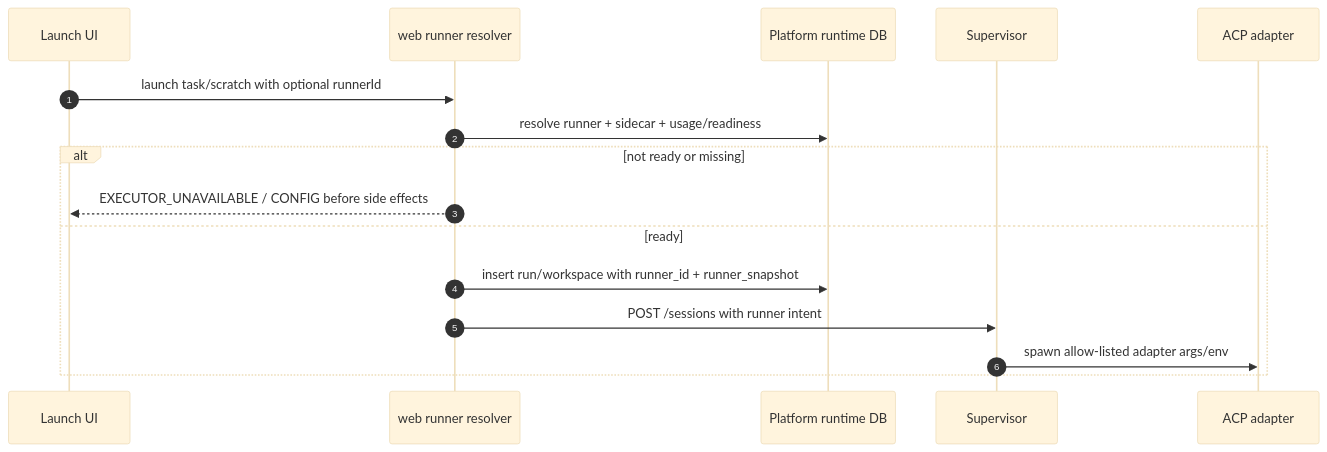
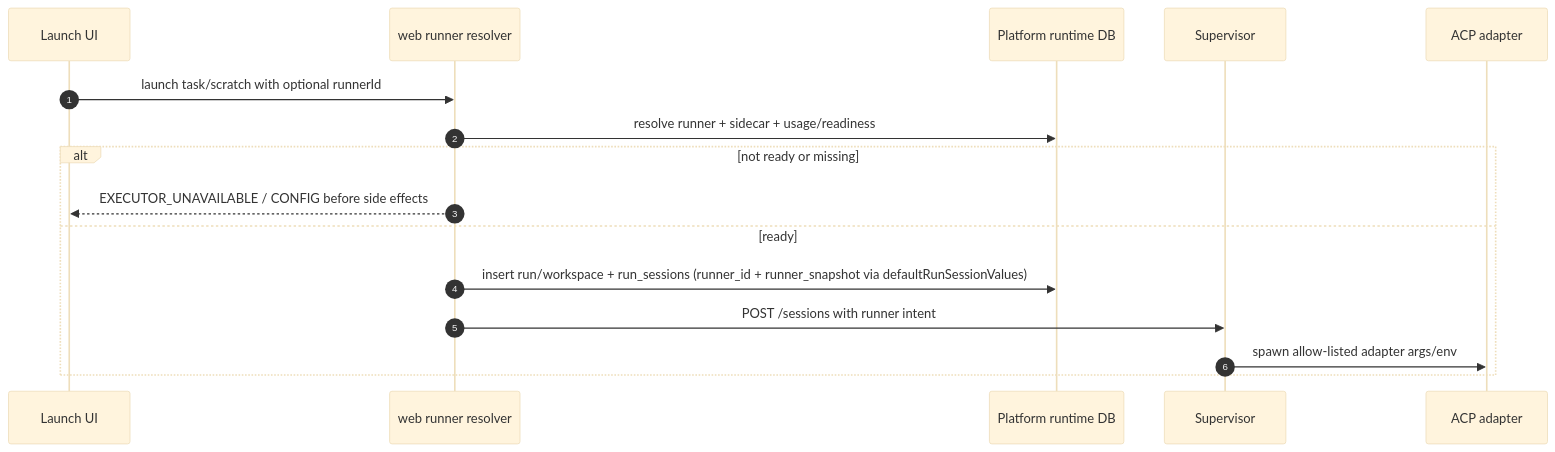
The second of 2 diagrams in docs/system-analytics/executors.md (maister-dev/maister), drawn with Mermaid (base theme) before and after one commit. The commit also changed other lines of this file and 123 other files, not shown here.

First line of the commit message:
feat(sessions): make run_sessions the sole runner source of truth (M42)

````diff
--- a/docs/system-analytics/executors.md
+++ b/docs/system-analytics/executors.md
@@ -345,19 +346,19 @@
 ```mermaid
 sequenceDiagram
     autonumber
     participant UI as Launch UI
     participant Web as web runner resolver
     participant DB as Platform runtime DB
     participant Sup as Supervisor
     participant Child as ACP adapter
 
     UI->>Web: launch task/scratch with optional runnerId
     Web->>DB: resolve runner + sidecar + usage/readiness
     alt not ready or missing
         Web-->>UI: EXECUTOR_UNAVAILABLE / CONFIG before side effects
     else ready
-        Web->>DB: insert run/workspace with runner_id + runner_snapshot
+        Web->>DB: insert run/workspace + run_sessions (runner_id + runner_snapshot via defaultRunSessionValues)
         Web->>Sup: POST /sessions with runner intent
         Sup->>Child: spawn allow-listed adapter args/env
     end
 ```
````
